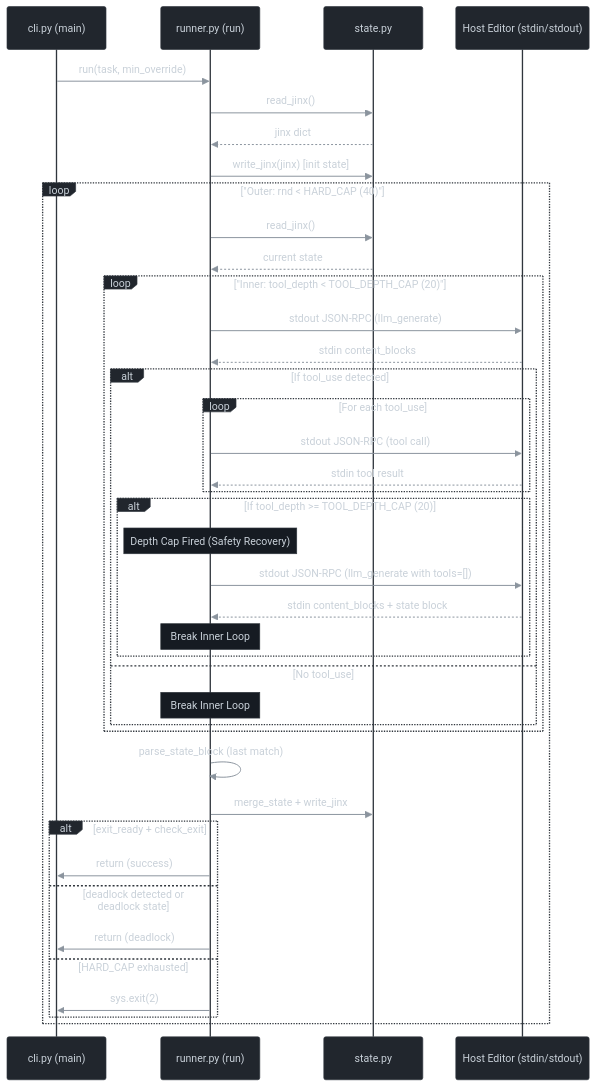
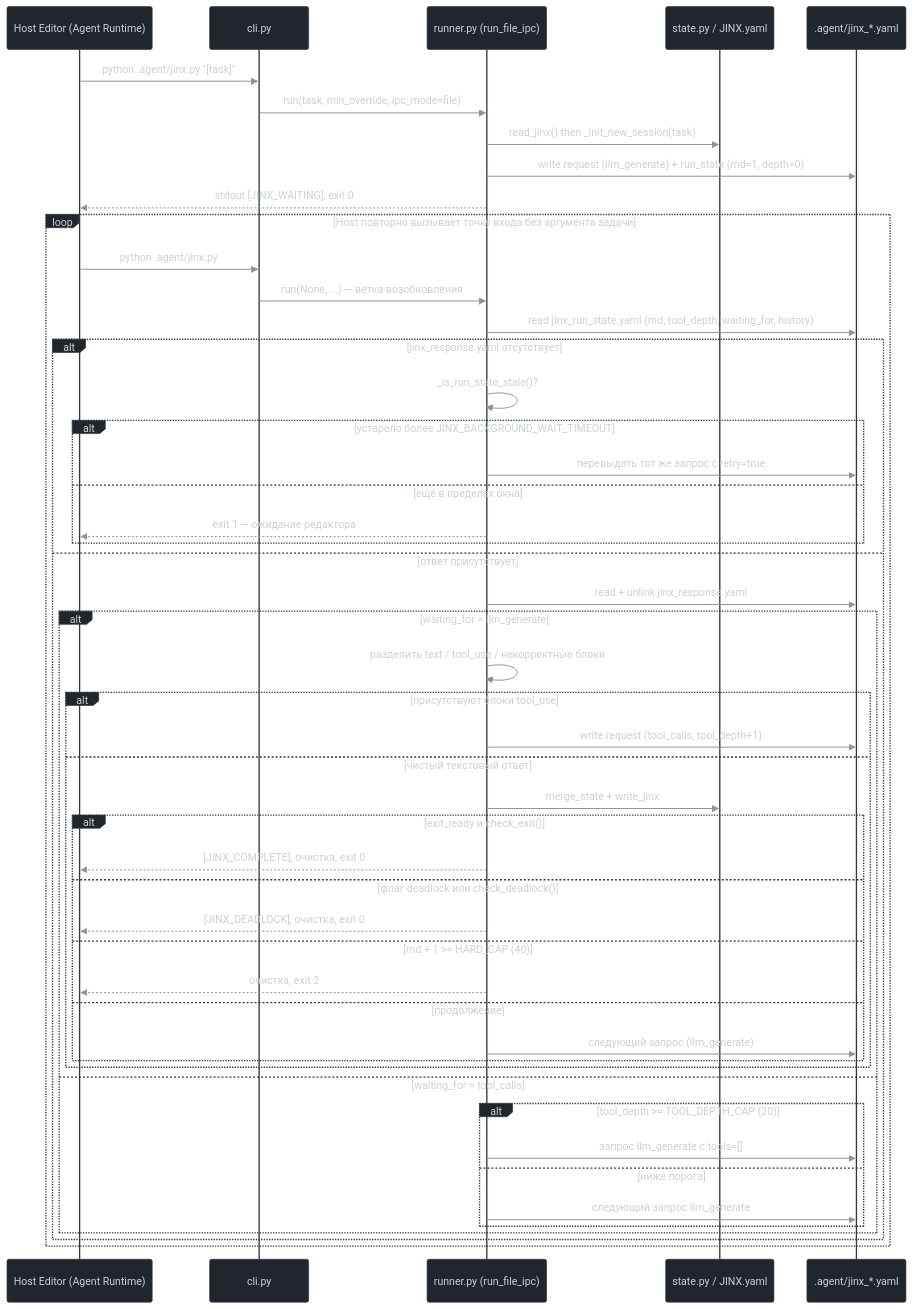
Before and after one commit to apxgpt/agent: the fourth of 5 diagrams in README_RU.md, drawn with Mermaid. The commit also changed other lines of this file and 24 other files, not shown here.

````diff
--- a/README_RU.md
+++ b/README_RU.md
@@ -263,47 +348,55 @@
 ```mermaid
 %%{init: {'theme': 'base', 'themeVariables': {"darkMode": true, "background": "#0d1117", "primaryColor": "#21262d", "primaryTextColor": "#e6edf3", "primaryBorderColor": "#8b949e", "lineColor": "#8b949e", "textColor": "#e6edf3", "edgeLabelBackground": "#161b22", "actorBkg": "#21262d", "actorBorder": "#30363d", "actorTextColor": "#c9d1d9", "actorLineColor": "#30363d", "signalColor": "#8b949e", "signalTextColor": "#c9d1d9", "noteBkgColor": "#161b22", "noteBorderColor": "#30363d", "noteTextColor": "#c9d1d9", "labelBoxBkgColor": "#21262d", "labelBoxBorderColor": "#30363d", "labelTextColor": "#c9d1d9", "loopTextColor": "#c9d1d9", "activationBkgColor": "#21262d", "activationBorderColor": "#30363d"}}}%%
 sequenceDiagram
-    participant CLI as cli.py (main)
-    participant Runner as runner.py (run)
-    participant State as state.py
-    participant Host as Host Editor (stdin/stdout)
+    participant Host as Host Editor (Agent Runtime)
+    participant CLI as cli.py
+    participant Runner as runner.py (run_file_ipc)
+    participant State as state.py / JINX.yaml
+    participant IPC as .agent/jinx_*.yaml
 
-    CLI->>Runner: run(task, min_override)
-    Runner->>State: read_jinx()
-    State-->>Runner: jinx dict
-    Runner->>State: write_jinx(jinx) [init state]
+    Host->>CLI: python .agent/jinx.py "[task]"
+    CLI->>Runner: run(task, min_override, ipc_mode=file)
+    Runner->>State: read_jinx() then _init_new_session(task)
+    Runner->>IPC: write request (llm_generate) + run_state (rnd=1, depth=0)
+    Runner-->>Host: stdout [JINX_WAITING], exit 0
 
-    loop "Outer: rnd < HARD_CAP (40)"
-        Runner->>State: read_jinx()
-        State-->>Runner: current state
+    loop Host повторно вызывает точку входа без аргумента задачи
+        Host->>CLI: python .agent/jinx.py
+        CLI->>Runner: run(None, ...) — ветка возобновления
+        Runner->>IPC: read jinx_run_state.yaml (rnd, tool_depth, waiting_for, history)
 
-        loop "Inner: tool_depth < TOOL_DEPTH_CAP (20)"
-            Runner->>Host: stdout JSON-RPC (llm_generate)
-            Host-->>Runner: stdin content_blocks
-            alt If tool_use detected
-                loop For each tool_use
-                    Runner->>Host: stdout JSON-RPC (tool call)
-                    Host-->>Runner: stdin tool result
+        alt jinx_response.yaml отсутствует
+            Runner->>Runner: _is_run_state_stale()?
+            alt устарело более JINX_BACKGROUND_WAIT_TIMEOUT
+                Runner->>IPC: перевыдать тот же запрос с retry=true
+            else ещё в пределах окна
+                Runner-->>Host: exit 1 — ожидание редактора
+            end
+        else ответ присутствует
+            Runner->>IPC: read + unlink jinx_response.yaml
+            alt waiting_for = llm_generate
+                Runner->>Runner: разделить text / tool_use / некорректные блоки
+                alt присутствуют блоки tool_use
+                    Runner->>IPC: write request (tool_calls, tool_depth+1)
+                else чистый текстовый ответ
+                    Runner->>State: merge_state + write_jinx
+                    alt exit_ready и check_exit()
+                        Runner-->>Host: [JINX_COMPLETE], очистка, exit 0
+                    else флаг deadlock или check_deadlock()
+                        Runner-->>Host: [JINX_DEADLOCK], очистка, exit 0
+                    else rnd + 1 >= HARD_CAP (40)
+                        Runner-->>Host: очистка, exit 2
+                    else продолжение
+                        Runner->>IPC: следующий запрос (llm_generate)
+                    end
                 end
-                alt If tool_depth >= TOOL_DEPTH_CAP (20)
-                    Note over Runner: Depth Cap Fired (Safety Recovery)
-                    Runner->>Host: stdout JSON-RPC (llm_generate with tools=[])
-                    Host-->>Runner: stdin content_blocks + state block
-                    Note over Runner: Break Inner Loop
+            else waiting_for = tool_calls
+                alt tool_depth >= TOOL_DEPTH_CAP (20)
+                    Runner->>IPC: запрос llm_generate с tools=[]
+                else ниже порога
+                    Runner->>IPC: следующий запрос llm_generate
                 end
-            else No tool_use
-                Note over Runner: Break Inner Loop
             end
-        end
-
-        Runner->>Runner: parse_state_block (last match)
-        Runner->>State: merge_state + write_jinx
-        alt exit_ready + check_exit
-            Runner->>CLI: return (success)
-        else deadlock detected or deadlock state
-            Runner->>CLI: return (deadlock)
-        else HARD_CAP exhausted
-            Runner->>CLI: sys.exit(2)
         end
     end
 ```
````
